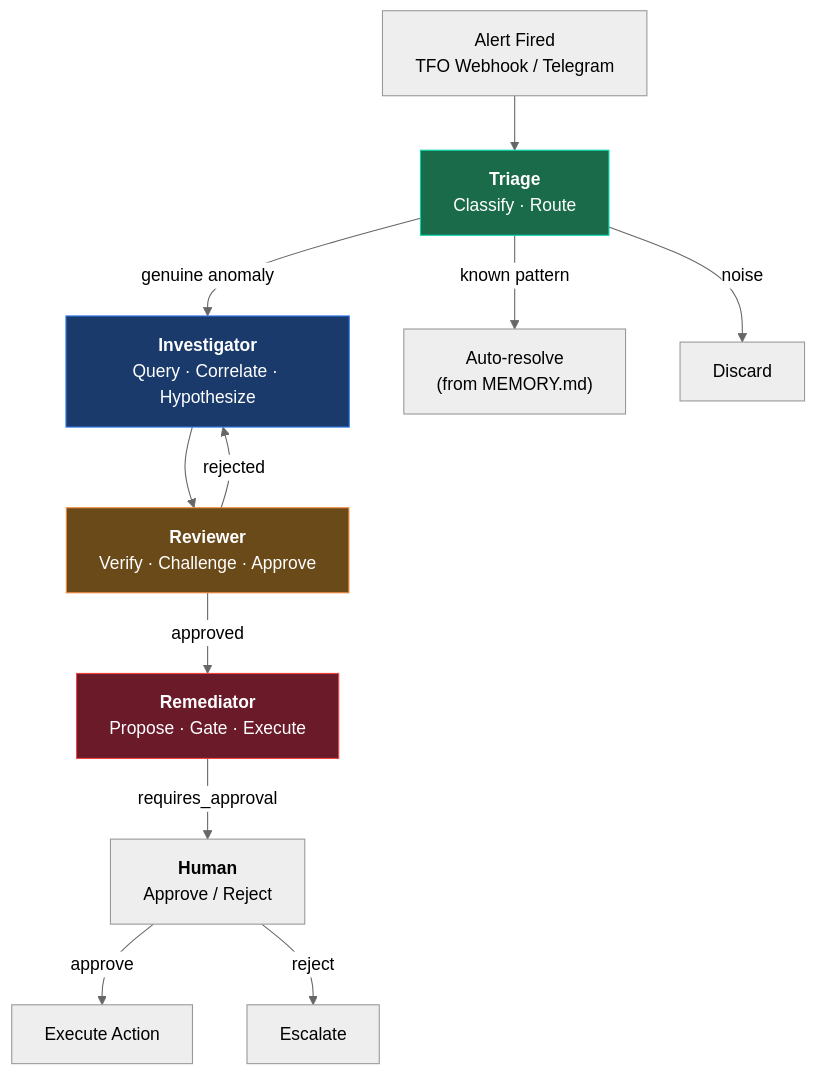
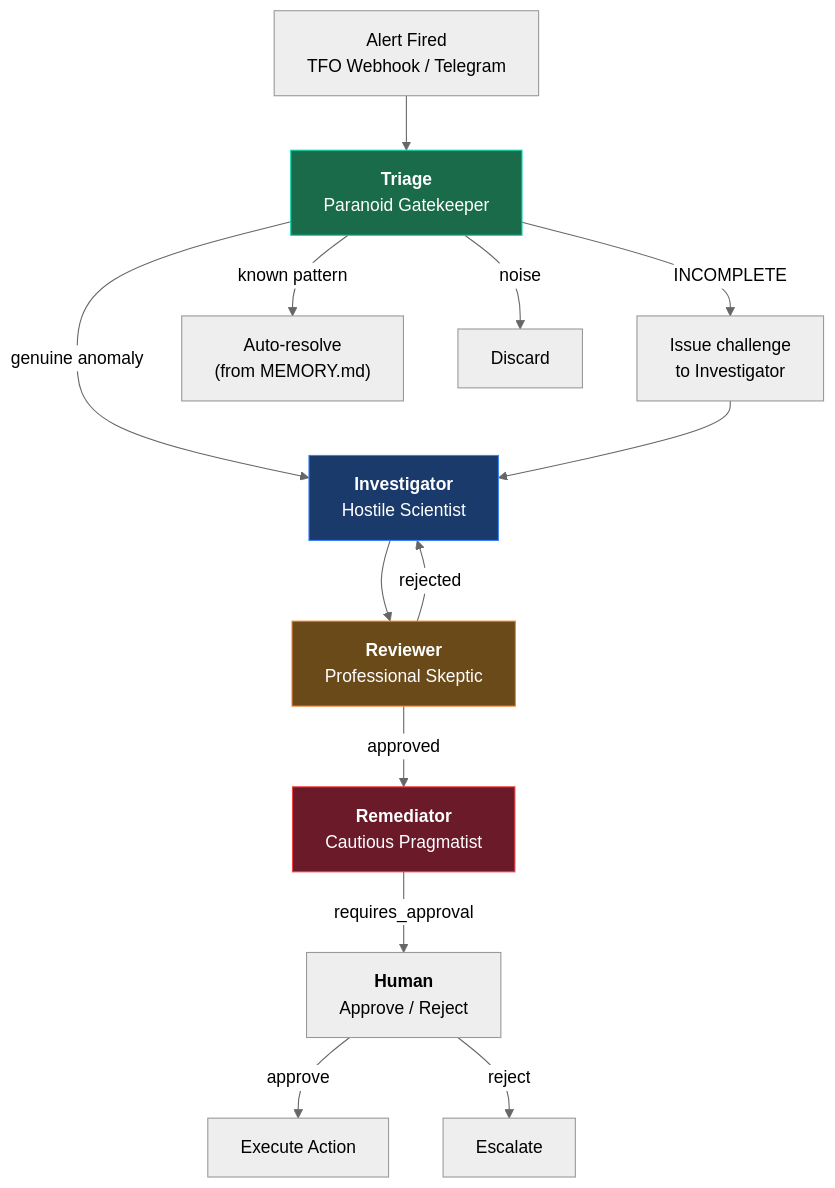
Before and after one commit to telemetryflow/telemetryflow-hermes: the first of 2 diagrams in docs/agents/README.md, drawn with Mermaid (neutral theme). The commit also changed other lines of this file and 63 other files, not shown here.

````diff
--- a/docs/agents/README.md
+++ b/docs/agents/README.md
@@ -7,25 +7,27 @@
 ```mermaid
 graph TD
     ALERT["Alert Fired<br/>TFO Webhook / Telegram"]
-    TRIAGE["<b>Triage</b><br/>Classify · Route"]
-    INV["<b>Investigator</b><br/>Query · Correlate · Hypothesize"]
-    REV["<b>Reviewer</b><br/>Verify · Challenge · Approve"]
-    REM["<b>Remediator</b><br/>Propose · Gate · Execute"]
+    TRIAGE["<b>Triage</b><br/>Paranoid Gatekeeper"]
+    INV["<b>Investigator</b><br/>Hostile Scientist"]
+    REV["<b>Reviewer</b><br/>Professional Skeptic"]
+    REM["<b>Remediator</b><br/>Cautious Pragmatist"]
     HUMAN["<b>Human</b><br/>Approve / Reject"]
 
     ALERT --> TRIAGE
     TRIAGE -->|"genuine anomaly"| INV
+    TRIAGE -->|"INCOMPLETE"| CHALLENGE["Issue challenge<br/>to Investigator"]
     TRIAGE -->|"known pattern"| RESOLVED["Auto-resolve<br/>(from MEMORY.md)"]
     TRIAGE -->|"noise"| DISCARD["Discard"]
+    CHALLENGE --> INV
     INV --> REV
     REV -->|"approved"| REM
     REV -->|"rejected"| INV
     REM -->|"requires_approval"| HUMAN
     HUMAN -->|"approve"| EXECUTE["Execute Action"]
     HUMAN -->|"reject"| ESCALATE["Escalate"]
 
     style TRIAGE fill:#1a6b4a,stroke:#00d4aa,color:#fff
     style INV fill:#1a3a6b,stroke:#3b82f6,color:#fff
     style REV fill:#6b4a1a,stroke:#f0883e,color:#fff
     style REM fill:#6b1a2a,stroke:#ef4444,color:#fff
 ```
````
